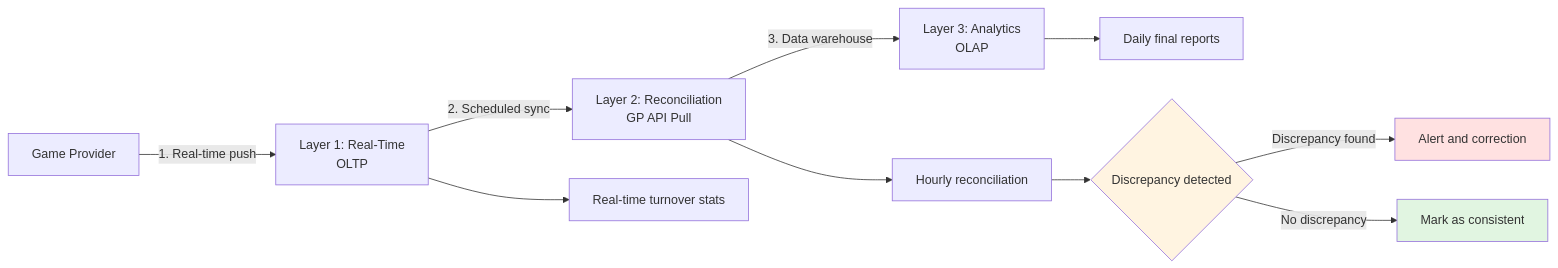
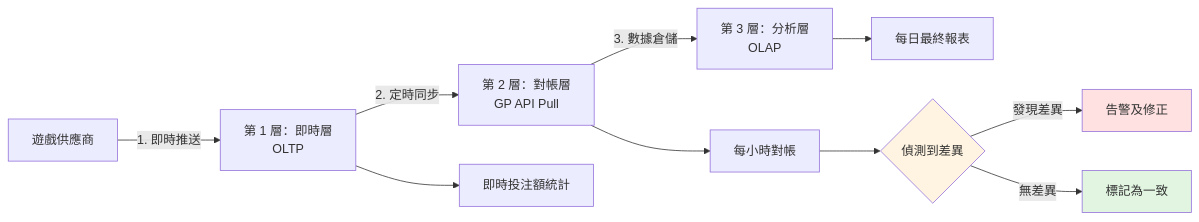
Before and after one commit to ron03wlb/smart-admin: the fifth of 6 diagrams in docs/iGaming/requirements/01_Player_Experience/Business_Flows.md, drawn with Mermaid. The commit also changed other lines of this file and 4 other files, not shown here.

````diff
--- a/docs/iGaming/requirements/01_Player_Experience/Business_Flows.md
+++ b/docs/iGaming/requirements/01_Player_Experience/Business_Flows.md
@@ -490,18 +490,18 @@
 ```mermaid
 flowchart LR
-    A[Game Provider] -->|1. Real-time push| B[Layer 1: Real-Time<br/>OLTP]
-    B -->|2. Scheduled sync| C[Layer 2: Reconciliation<br/>GP API Pull]
-    C -->|3. Data warehouse| D[Layer 3: Analytics<br/>OLAP]
+    A[遊戲供應商] -->|1. 即時推送| B[第 1 層：即時層<br/>OLTP]
+    B -->|2. 定時同步| C[第 2 層：對帳層<br/>GP API Pull]
+    C -->|3. 數據倉儲| D[第 3 層：分析層<br/>OLAP]
 
-    B --> E[Real-time turnover stats]
-    C --> F[Hourly reconciliation]
-    D --> G[Daily final reports]
+    B --> E[即時投注額統計]
+    C --> F[每小時對帳]
+    D --> G[每日最終報表]
 
-    F --> H{Discrepancy detected}
-    H -->|Discrepancy found| I[Alert and correction]
-    H -->|No discrepancy| J[Mark as consistent]
+    F --> H{偵測到差異}
+    H -->|發現差異| I[告警及修正]
+    H -->|無差異| J[標記為一致]
 
     style H fill:#fff4e1
     style I fill:#ffe1e1
     style J fill:#e1f5e1
 ```
````
